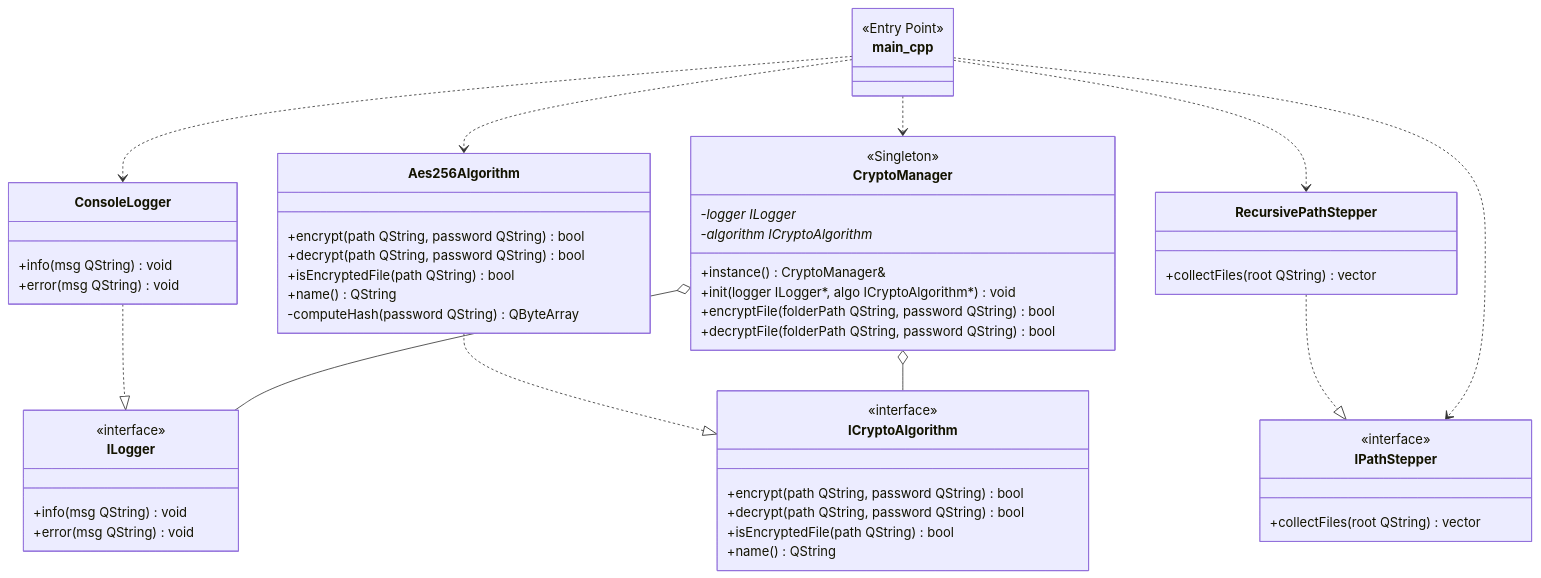
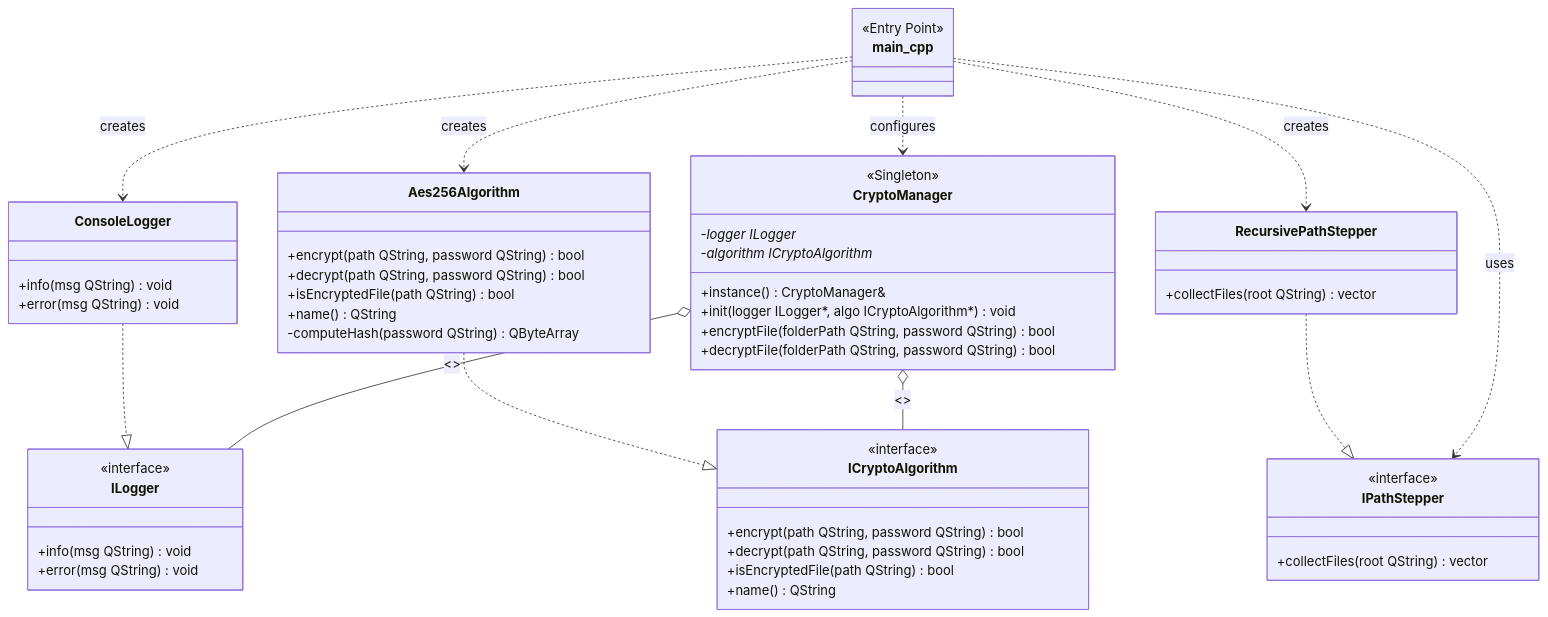
Before and after one commit to Your-vo1d/dev_sec_tools: the diagram in README.md, drawn with Mermaid.

````diff
--- a/README.md
+++ b/README.md
@@ -46,61 +46,61 @@
 ```mermaid
 classDiagram
   class ILogger {
     <<interface>>
     +info(msg QString) void
     +error(msg QString) void
   }
   class ICryptoAlgorithm {
     <<interface>>
     +encrypt(path QString, password QString) bool
     +decrypt(path QString, password QString) bool
     +isEncryptedFile(path QString) bool
     +name() QString
   }
   class IPathStepper {
     <<interface>>
     +collectFiles(root QString) vector<QString>
   }
 
   class ConsoleLogger {
     +info(msg QString) void
     +error(msg QString) void
   }
   class Aes256Algorithm {
     +encrypt(path QString, password QString) bool
     +decrypt(path QString, password QString) bool
     +isEncryptedFile(path QString) bool
     +name() QString
     -computeHash(password QString) QByteArray
   }
   class RecursivePathStepper {
     +collectFiles(root QString) vector<QString>
   }
 
   class CryptoManager {
     <<Singleton>>
     +instance() CryptoManager&
     +init(logger ILogger*, algo ICryptoAlgorithm*) void
     +encryptFile(folderPath QString, password QString) bool
     +decryptFile(folderPath QString, password QString) bool
     -logger ILogger*
     -algorithm ICryptoAlgorithm*
   }
 
   class main_cpp {
     <<Entry Point>>
   }
 
   ConsoleLogger ..|> ILogger
   Aes256Algorithm ..|> ICryptoAlgorithm
   RecursivePathStepper ..|> IPathStepper
 
-  CryptoManager o-- ILogger
-  CryptoManager o-- ICryptoAlgorithm
+  CryptoManager o-- ILogger : <<inject>>
+  CryptoManager o-- ICryptoAlgorithm : <<inject>>
 
-  main_cpp ..> ConsoleLogger
-  main_cpp ..> Aes256Algorithm
-  main_cpp ..> RecursivePathStepper
-  main_cpp ..> CryptoManager
-  main_cpp ..> IPathStepper 
+  main_cpp ..> ConsoleLogger : creates
+  main_cpp ..> Aes256Algorithm : creates
+  main_cpp ..> RecursivePathStepper : creates
+  main_cpp ..> CryptoManager : configures
+  main_cpp ..> IPathStepper : uses
 ```
````
